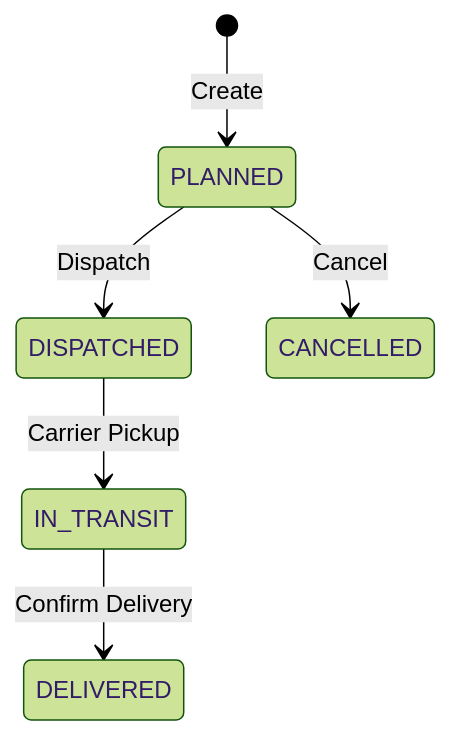
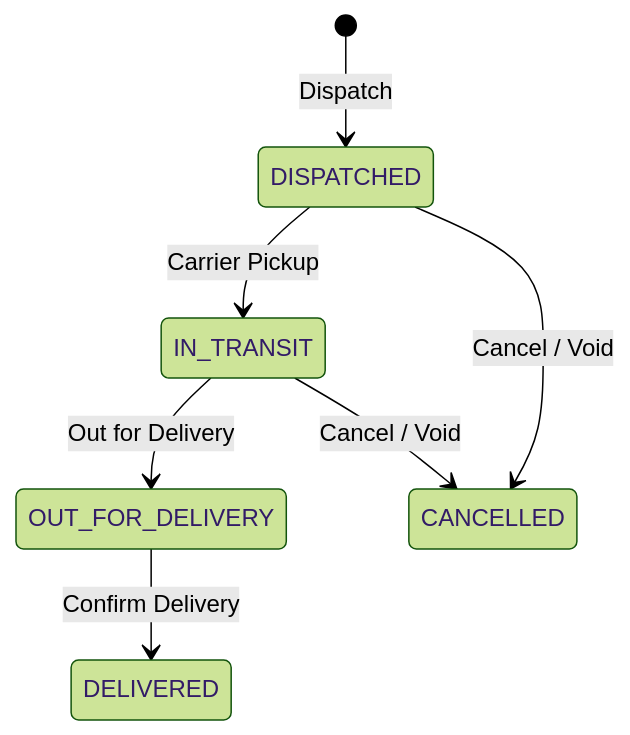
Before and after one commit to tenarm/docs: the diagram in user-guides/modules/logistics.md, drawn with Mermaid (forest theme). The commit also changed other lines of this file and 5 other files, not shown here.

````diff
--- a/user-guides/modules/logistics.md
+++ b/user-guides/modules/logistics.md
@@ -19,8 +19,9 @@
 ```mermaid
 stateDiagram-v2
-    [*] --> PLANNED : Create
-    PLANNED --> DISPATCHED : Dispatch
+    [*] --> DISPATCHED : Dispatch
     DISPATCHED --> IN_TRANSIT : Carrier Pickup
-    IN_TRANSIT --> DELIVERED : Confirm Delivery
-    PLANNED --> CANCELLED : Cancel
+    IN_TRANSIT --> OUT_FOR_DELIVERY : Out for Delivery
+    OUT_FOR_DELIVERY --> DELIVERED : Confirm Delivery
+    DISPATCHED --> CANCELLED : Cancel / Void
+    IN_TRANSIT --> CANCELLED : Cancel / Void
 ```
````
